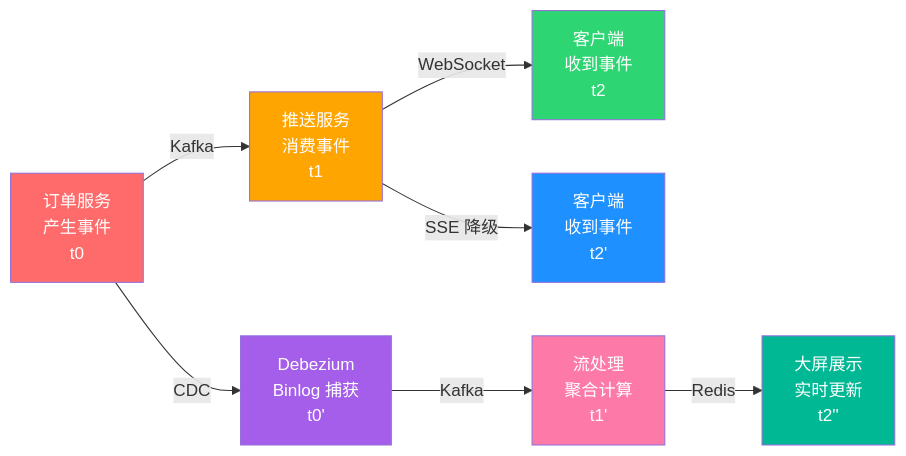
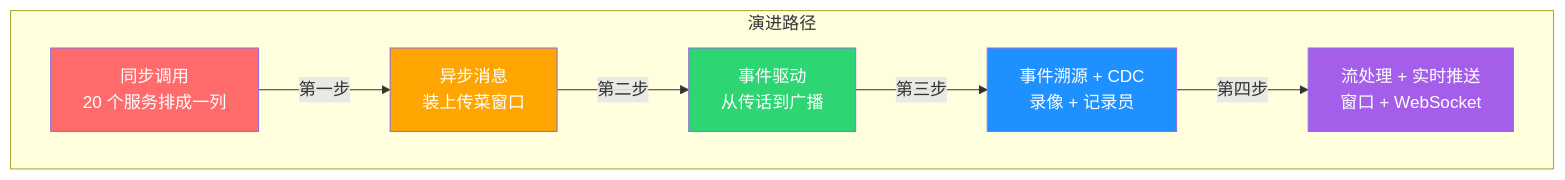
One commit to wb04307201/wb04307201 changed the third of 3 diagrams in note/14.story/20-realtime-eventdriven.md. Above: the diagram before and after it, drawn with Mermaid. The commit also changed other lines of this file and 38 other files, not shown here.

````diff
--- a/note/14.story/20-realtime-eventdriven.md
+++ b/note/14.story/20-realtime-eventdriven.md
@@ -463,16 +652,15 @@
 ```mermaid
-graph LR
-    A["订单服务<br/>产生事件<br/>t0"] -->|Kafka| B["推送服务<br/>消费事件<br/>t1"]
-    B -->|WebSocket| C["客户端<br/>收到事件<br/>t2"]
-    B -->|SSE 降级| D["客户端<br/>收到事件<br/>t2'"]
-    A -->|CDC| E["Debezium<br/>Binlog 捕获<br/>t0'"]
-    E -->|Kafka| F["流处理<br/>聚合计算<br/>t1'"]
-    F -->|Redis| G["大屏展示<br/>实时更新<br/>t2''"]
-    style A fill:#ff6b6b,color:#fff
-    style B fill:#ffa502,color:#fff
-    style C fill:#2ed573,color:#fff
-    style D fill:#1e90ff,color:#fff
-    style E fill:#a55eea,color:#fff
-    style F fill:#fd79a8,color:#fff
-    style G fill:#00b894,color:#fff
+graph TD
+    subgraph "演进路径"
+        S["同步调用<br/>20 个服务排成一列"] -->|第一步| M["异步消息<br/>装上传菜窗口"]
+        M -->|第二步| E["事件驱动<br/>从传话到广播"]
+        E -->|第三步| ES["事件溯源 + CDC<br/>录像 + 记录员"]
+        ES -->|第四步| SP["流处理 + 实时推送<br/>窗口 + WebSocket"]
+    end
+
+    style S fill:#ff6b6b,color:#fff
+    style M fill:#ffa502,color:#fff
+    style E fill:#2ed573,color:#fff
+    style ES fill:#1e90ff,color:#fff
+    style SP fill:#a55eea,color:#fff
 ```
````
